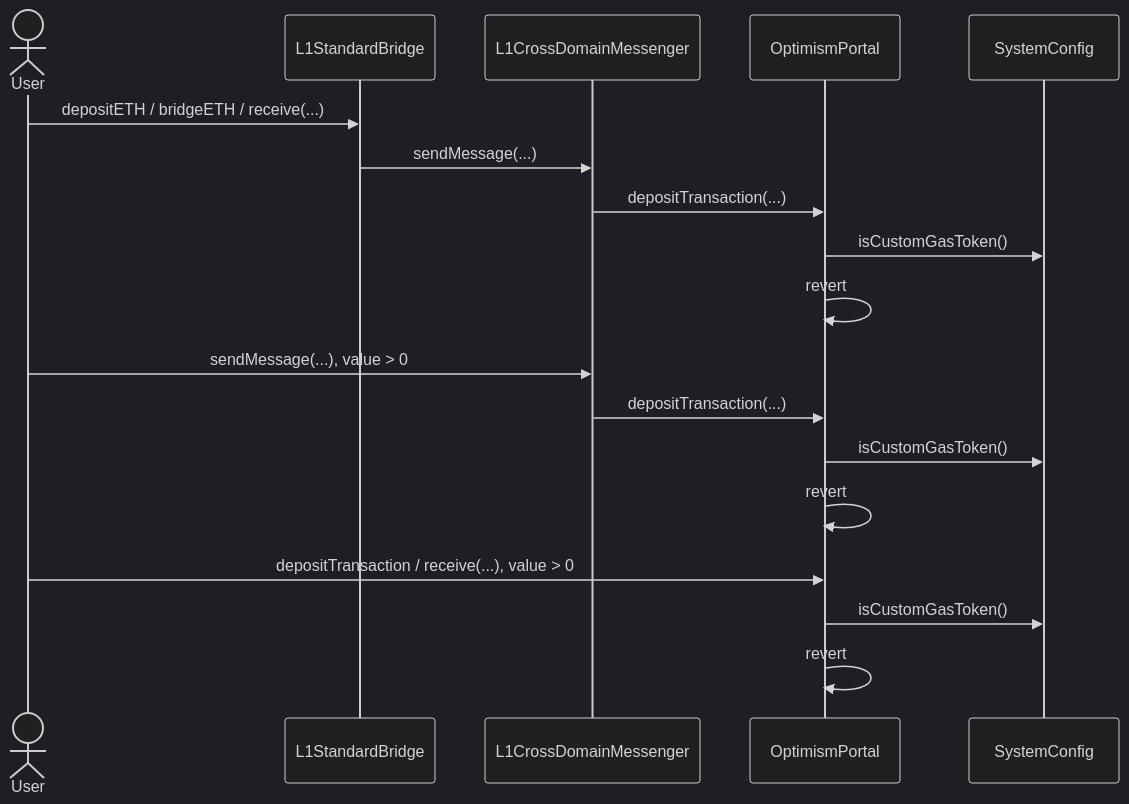
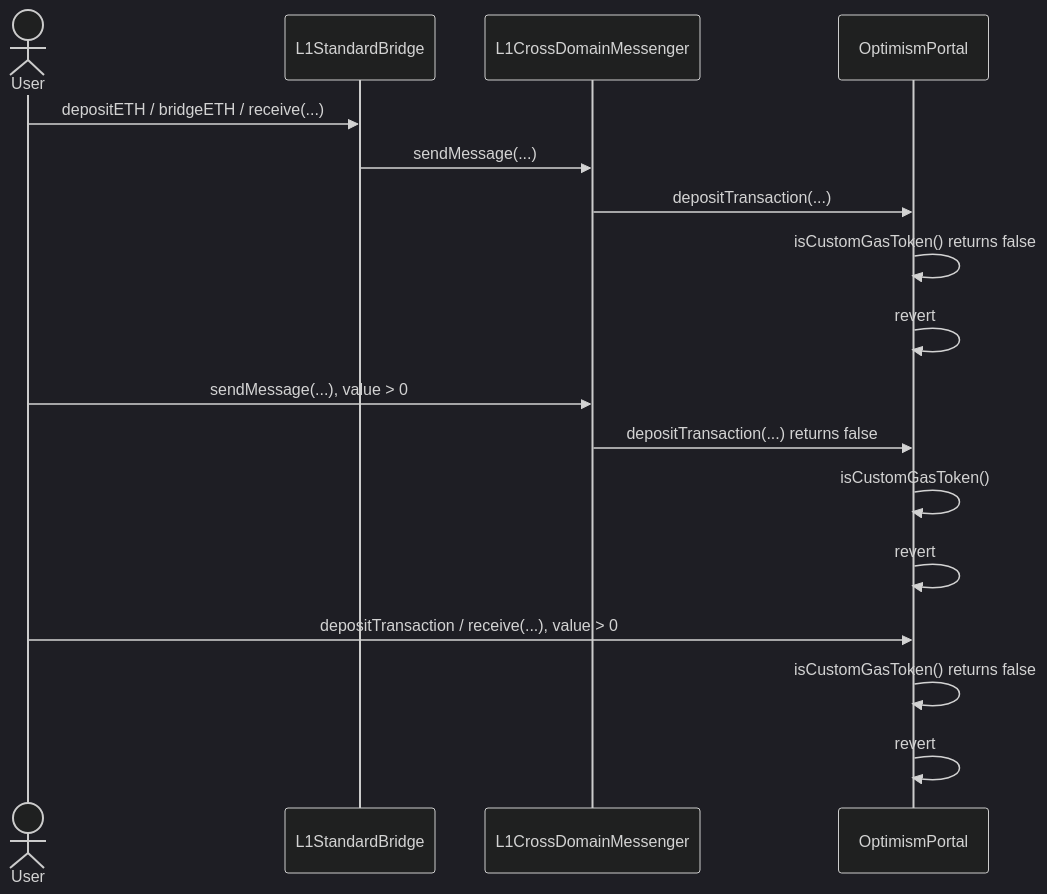
Before and after one commit to ethereum-optimism/design-docs: the fourth of 7 diagrams in protocol/custom-gas-token.md, drawn with Mermaid (dark theme). The commit also changed other lines of this file, not shown here.

Commit message:
docs: move isCustomGasToken flag to OptimismPortal

````diff
--- a/protocol/custom-gas-token.md
+++ b/protocol/custom-gas-token.md
@@ -334,24 +334,23 @@
 ```mermaid
  sequenceDiagram
     actor U as User
     participant SB as L1StandardBridge
     participant XDM as L1CrossDomainMessenger
     participant OP as OptimismPortal
-    participant SC as SystemConfig
     
     U->>SB: depositETH / bridgeETH / receive(...)
     SB->>XDM: sendMessage(...)
     XDM->>OP: depositTransaction(...)
-    OP->>SC: isCustomGasToken()
+    OP->>OP: isCustomGasToken() returns false
     OP->>OP: revert
 
     U->>XDM: sendMessage(...), value > 0
-    XDM->>OP: depositTransaction(...)
-    OP->>SC: isCustomGasToken()
+    XDM->>OP: depositTransaction(...) returns false
+    OP->>OP: isCustomGasToken()
     OP->>OP: revert
 
     U->>OP: depositTransaction / receive(...), value > 0
-    OP->>SC: isCustomGasToken()
+    OP->>OP: isCustomGasToken() returns false
     OP->>OP: revert
 
 ```
````
